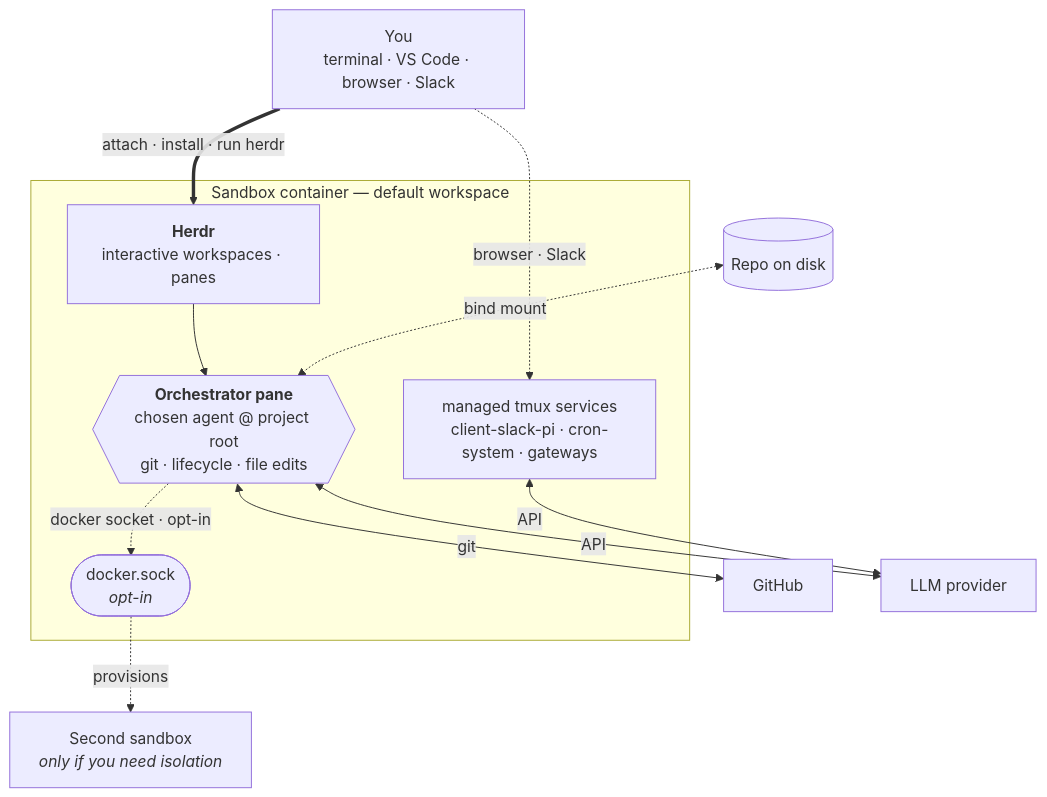
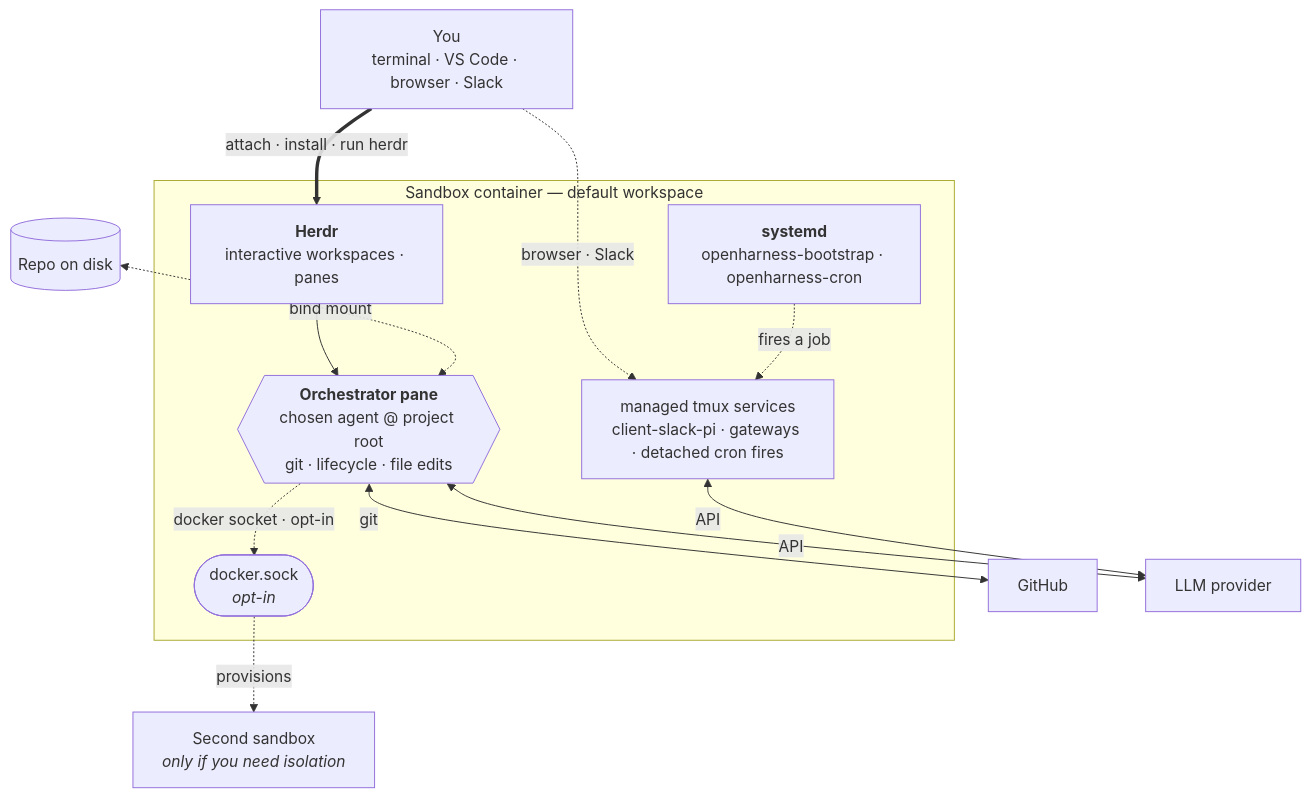
One commit to mifunedev/openharness-web changed the diagram in docs/intro.md. Above: the diagram before and after it, drawn with Mermaid. The commit also changed other lines of this file and 11 other files, not shown here.

````diff
--- a/docs/intro.md
+++ b/docs/intro.md
@@ -33,26 +33,28 @@
 ```mermaid
 flowchart TB
     You["You<br/>terminal · VS Code · browser · Slack"]
     Repo[("Repo on disk")]
     GH["GitHub"]
     LLM["LLM provider"]
 
     subgraph sandbox["Sandbox container — default workspace"]
         Herdr["<b>Herdr</b><br/>interactive workspaces · panes"]
         Orch{{"<b>Orchestrator pane</b><br/>chosen agent @ project root<br/>git · lifecycle · file edits"}}
-        Tmux["managed tmux services<br/>client-slack-pi · cron-system · gateways"]
+        Cron["<b>systemd</b><br/>openharness-bootstrap · openharness-cron"]
+        Tmux["managed tmux services<br/>client-slack-pi · gateways · detached cron fires"]
         Sock(["docker.sock<br/><i>opt-in</i>"])
     end
 
     Sb2["Second sandbox<br/><i>only if you need isolation</i>"]
 
     You ==>|attach · install · run herdr| Herdr
     Herdr --> Orch
     You -.->|browser · Slack| Tmux
     Repo <-.->|bind mount| Orch
     Orch <-->|git| GH
     Orch <-->|API| LLM
     Tmux <-->|API| LLM
+    Cron -.->|fires a job| Tmux
     Orch -.->|docker socket · opt-in| Sock
     Sock -.->|provisions| Sb2
 ```
````
